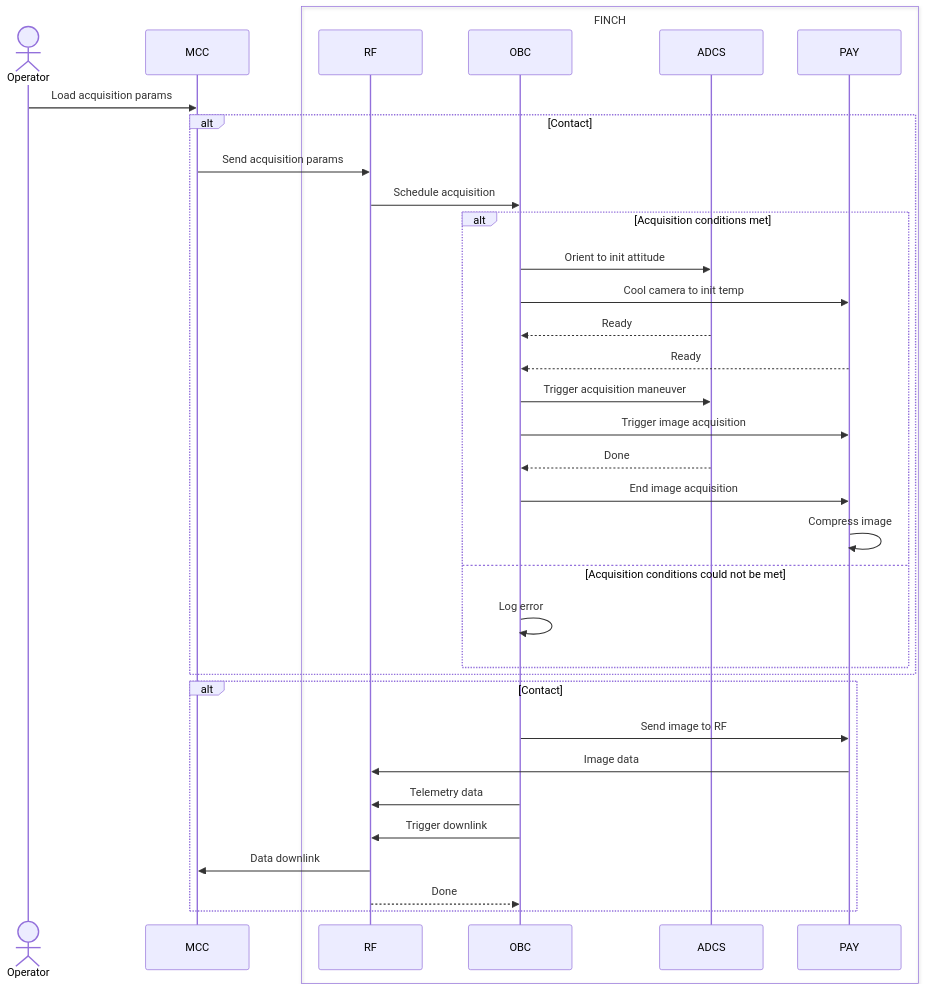
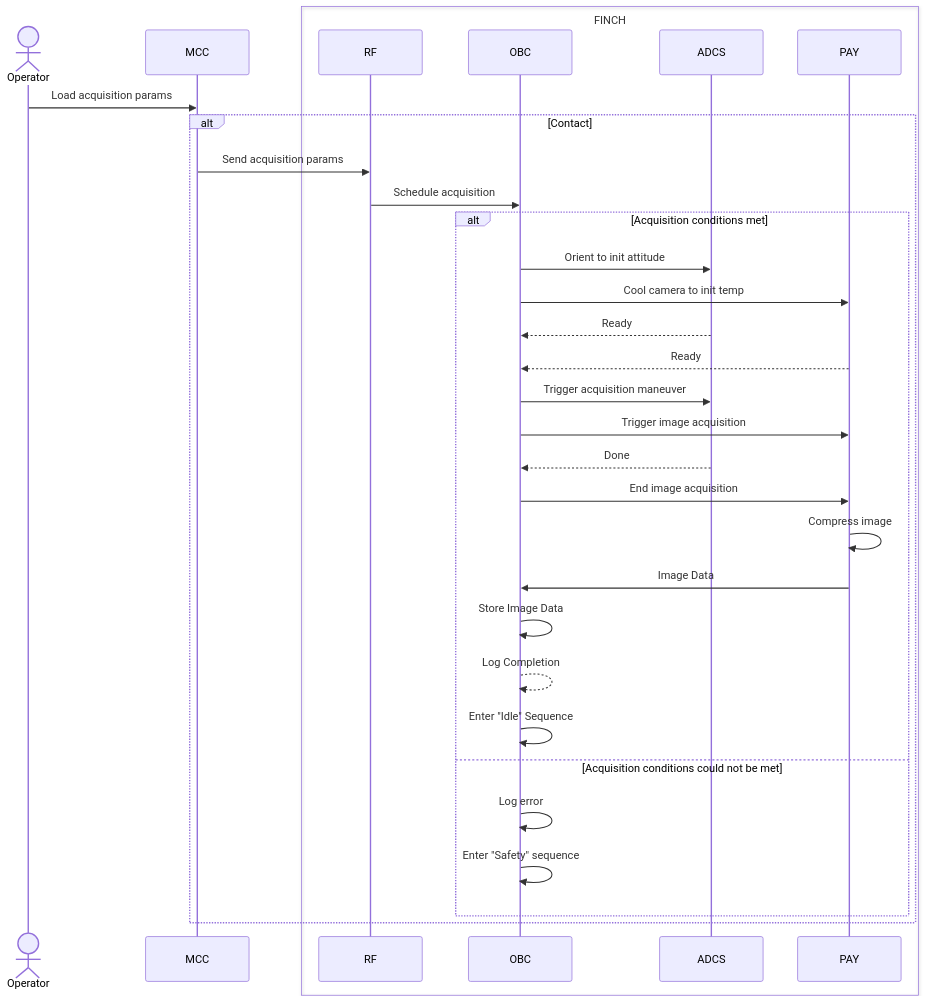
The diagram in command sequences/acquisition-command.md (utat-ss/FINCH-sequence-diagrams), drawn with Mermaid before and after one commit.

````diff
--- a/command sequences/acquisition-command.md
+++ b/command sequences/acquisition-command.md
@@ -2,48 +2,45 @@
 ```mermaid
 sequenceDiagram
     Actor Operator
     participant MCC
     box FINCH
         participant RF
         participant OBC
         participant ADCS
         participant PAY
     end
 
     Operator->>MCC: Load acquisition params
     alt Contact
         MCC->>RF: Send acquisition params
 
         RF->>OBC: Schedule acquisition
 
         alt Acquisition conditions met
             OBC->>ADCS: Orient to init attitude
             OBC->>PAY: Cool camera to init temp
             ADCS-->>OBC: Ready
             PAY-->>OBC: Ready
 
             OBC->>ADCS: Trigger acquisition maneuver
             OBC->>PAY: Trigger image acquisition
             ADCS-->>OBC: Done
             OBC->>PAY: End image acquisition
             PAY->>PAY: Compress image
+            PAY->>OBC: Image Data
+            OBC->>OBC: Store Image Data
+            OBC-->>OBC: Log Completion
+            OBC->>OBC: Enter "Idle" Sequence
 
 
         else Acquisition conditions could not be met
             OBC->>OBC: Log error
+            OBC->>OBC: Enter "Safety" sequence
 
         end
     end
 
-    alt Contact
-        OBC->>PAY: Send image to RF
-        PAY->>RF: Image data
-        OBC->>RF: Telemetry data
-        OBC->>RF: Trigger downlink
-        RF->>MCC: Data downlink
-        RF-->>OBC: Done
-    end
 
     
 
 ```
````
